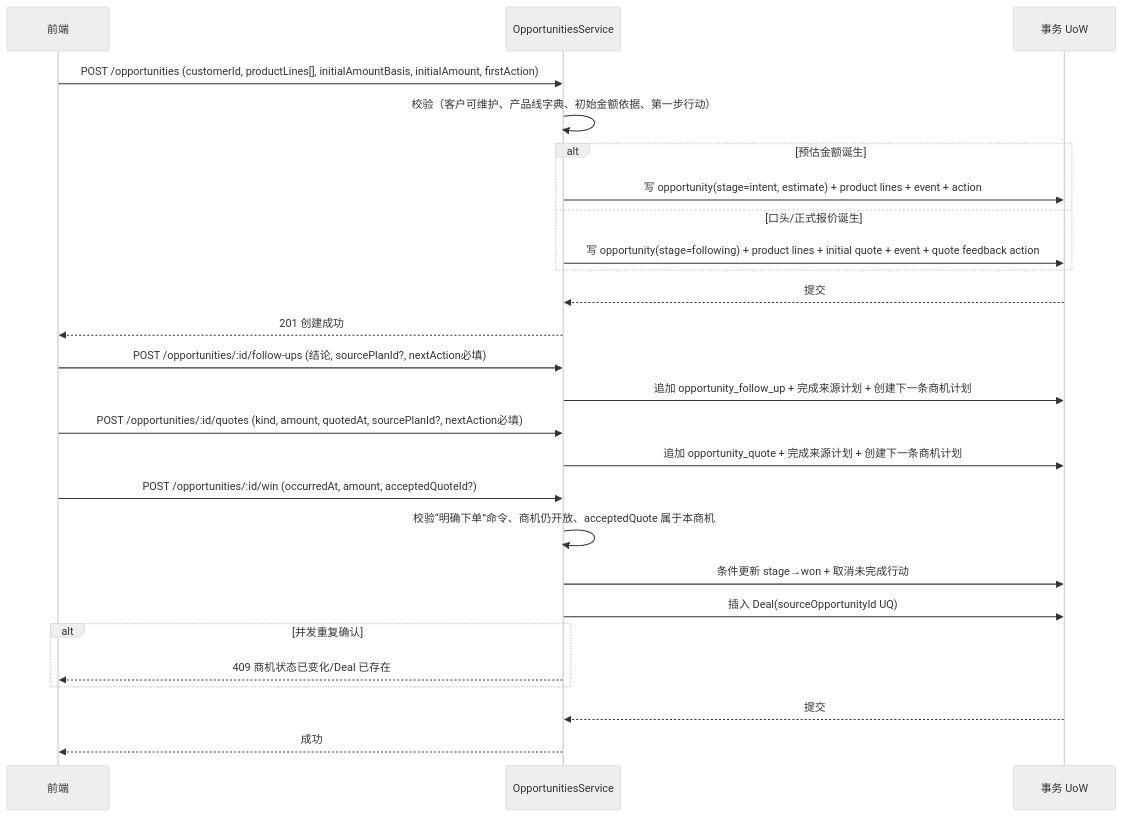
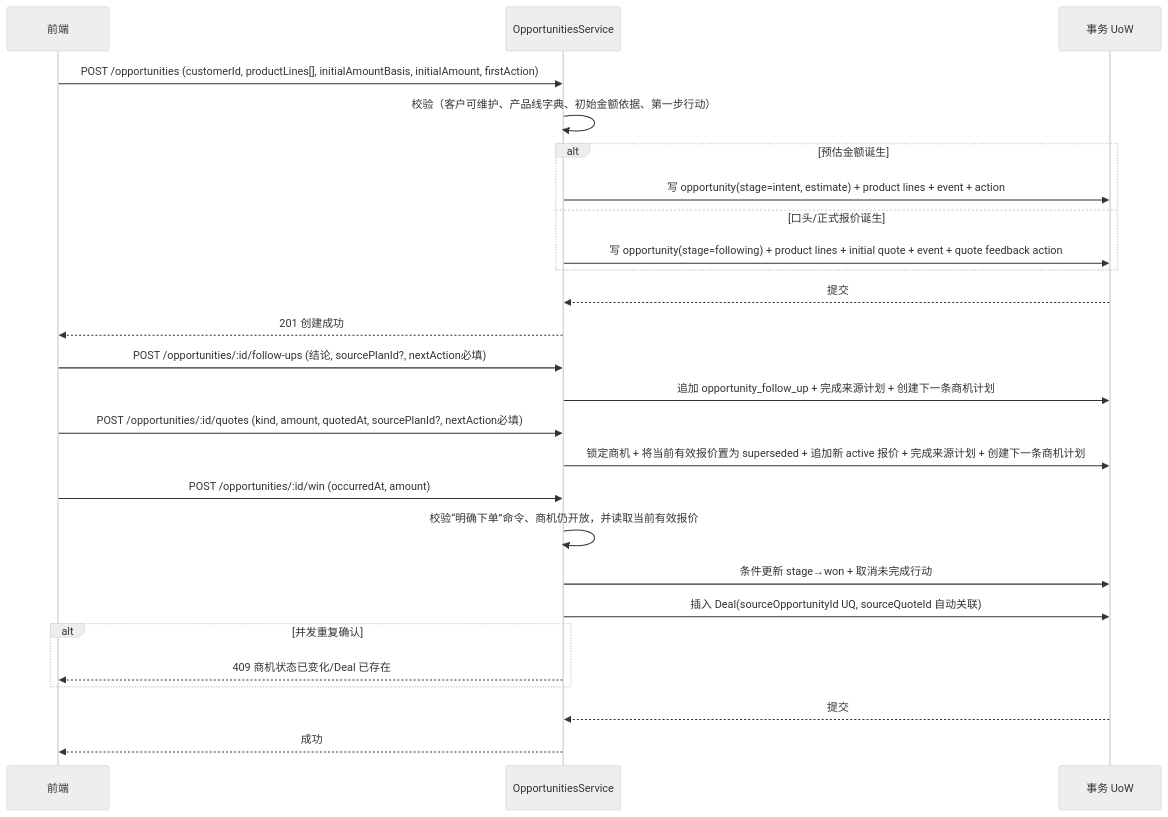
Diagram 17 of 26 in docs/重构架构决策与实施蓝图.md (lixiname/LITECRM), drawn with Mermaid (neutral theme) before and after one commit. The commit also changed other lines of this file and 18 other files, not shown here.

````diff
--- a/docs/重构架构决策与实施蓝图.md
+++ b/docs/重构架构决策与实施蓝图.md
@@ -1110,28 +1110,28 @@
 ```mermaid
 sequenceDiagram
     participant C as 前端
     participant S as OpportunitiesService
     participant D as 事务 UoW
     C->>S: POST /opportunities (customerId, productLines[], initialAmountBasis, initialAmount, firstAction)
     S->>S: 校验（客户可维护、产品线字典、初始金额依据、第一步行动）
     alt 预估金额诞生
         S->>D: 写 opportunity(stage=intent, estimate) + product lines + event + action
     else 口头/正式报价诞生
         S->>D: 写 opportunity(stage=following) + product lines + initial quote + event + quote feedback action
     end
     D-->>S: 提交
     S-->>C: 201 创建成功
     C->>S: POST /opportunities/:id/follow-ups (结论, sourcePlanId?, nextAction必填)
     S->>D: 追加 opportunity_follow_up + 完成来源计划 + 创建下一条商机计划
     C->>S: POST /opportunities/:id/quotes (kind, amount, quotedAt, sourcePlanId?, nextAction必填)
-    S->>D: 追加 opportunity_quote + 完成来源计划 + 创建下一条商机计划
-    C->>S: POST /opportunities/:id/win (occurredAt, amount, acceptedQuoteId?)
-    S->>S: 校验“明确下单”命令、商机仍开放、acceptedQuote 属于本商机
+    S->>D: 锁定商机 + 将当前有效报价置为 superseded + 追加新 active 报价 + 完成来源计划 + 创建下一条商机计划
+    C->>S: POST /opportunities/:id/win (occurredAt, amount)
+    S->>S: 校验“明确下单”命令、商机仍开放，并读取当前有效报价
     S->>D: 条件更新 stage→won + 取消未完成行动
-    S->>D: 插入 Deal(sourceOpportunityId UQ)
+    S->>D: 插入 Deal(sourceOpportunityId UQ, sourceQuoteId 自动关联)
     alt 并发重复确认
         S-->>C: 409 商机状态已变化/Deal 已存在
     end
     D-->>S: 提交
     S-->>C: 成功
 ```
````
